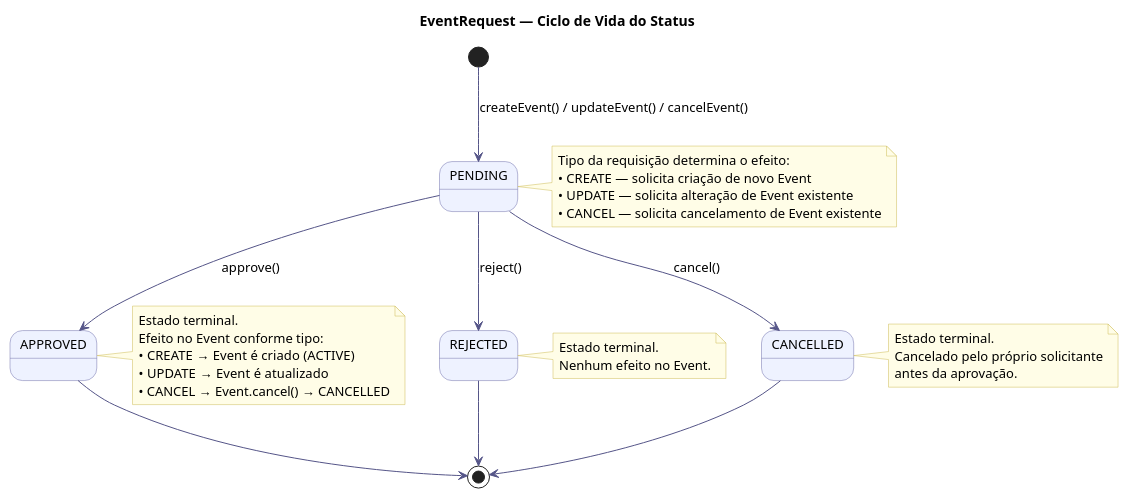
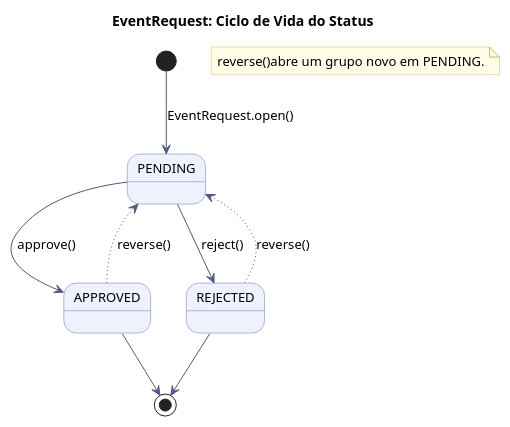
Before and after one commit to Neoguara/rooms-diagrams: the diagram in src/plantuml/estado/event_request_status.puml, drawn with PlantUML. The commit also changed 7 other files, not shown here.

Commit message:
update diagrams

```diff
--- a/src/plantuml/estado/event_request_status.puml
+++ b/src/plantuml/estado/event_request_status.puml
@@ -1,50 +1,29 @@
 @startuml event_request_status
 
-title EventRequest — Ciclo de Vida do Status
+title EventRequest: Ciclo de Vida do Status
 
 skinparam state {
   BackgroundColor #EEF2FF
   BorderColor #7070AA
   ArrowColor #555588
   FontSize 13
 }
 skinparam noteBackgroundColor #FFFDE7
 skinparam noteBorderColor #CCBB55
 
-[*] --> PENDING : createEvent() / updateEvent() / cancelEvent()
+[*] --> PENDING : EventRequest.open()
 
-PENDING --> APPROVED  : approve()
-PENDING --> REJECTED  : reject()
-PENDING --> CANCELLED : cancel()
+PENDING --> APPROVED : approve()
+PENDING --> REJECTED : reject()
 
-APPROVED  --> [*]
-REJECTED  --> [*]
-CANCELLED --> [*]
+APPROVED --> [*]
+REJECTED --> [*]
 
-note right of PENDING
-  Tipo da requisição determina o efeito:
-  • CREATE — solicita criação de novo Event
-  • UPDATE — solicita alteração de Event existente
-  • CANCEL — solicita cancelamento de Event existente
-end note
+APPROVED -[dotted]-> PENDING : reverse()
+REJECTED -[dotted]-> PENDING : reverse()
 
-note right of APPROVED
-  Estado terminal.
-  Efeito no Event conforme tipo:
-  • CREATE  → Event é criado (ACTIVE)
-  • UPDATE  → Event é atualizado
-  • CANCEL  → Event.cancel() → CANCELLED
-end note
-
-note right of REJECTED
-  Estado terminal.
-  Nenhum efeito no Event.
-end note
-
-note right of CANCELLED
-  Estado terminal.
-  Cancelado pelo próprio solicitante
-  antes da aprovação.
+note as N1
+  reverse()abre um grupo novo em PENDING.
 end note
 
 @enduml
```
